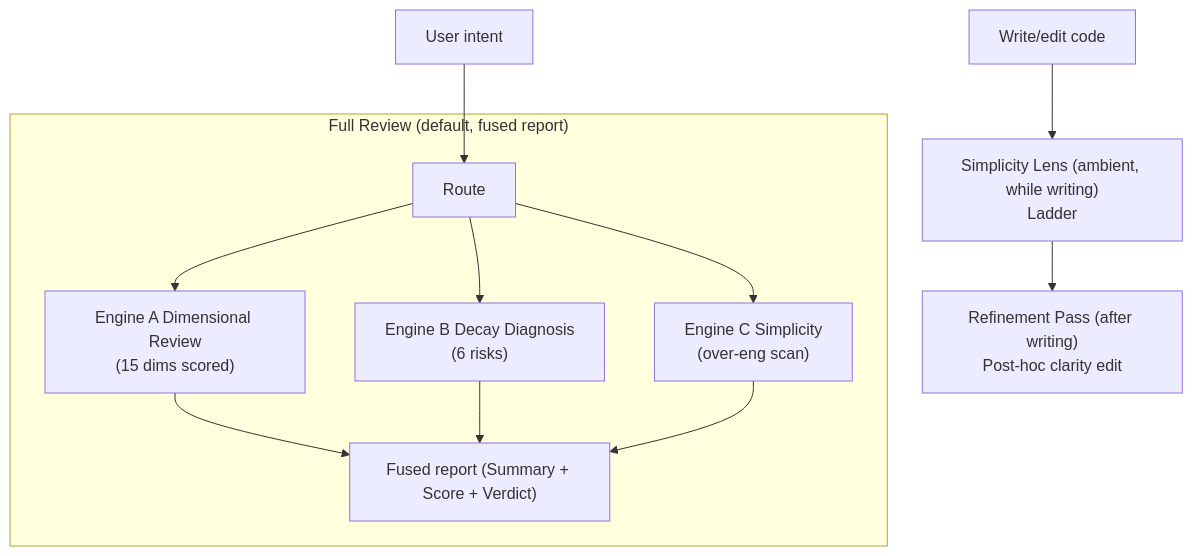
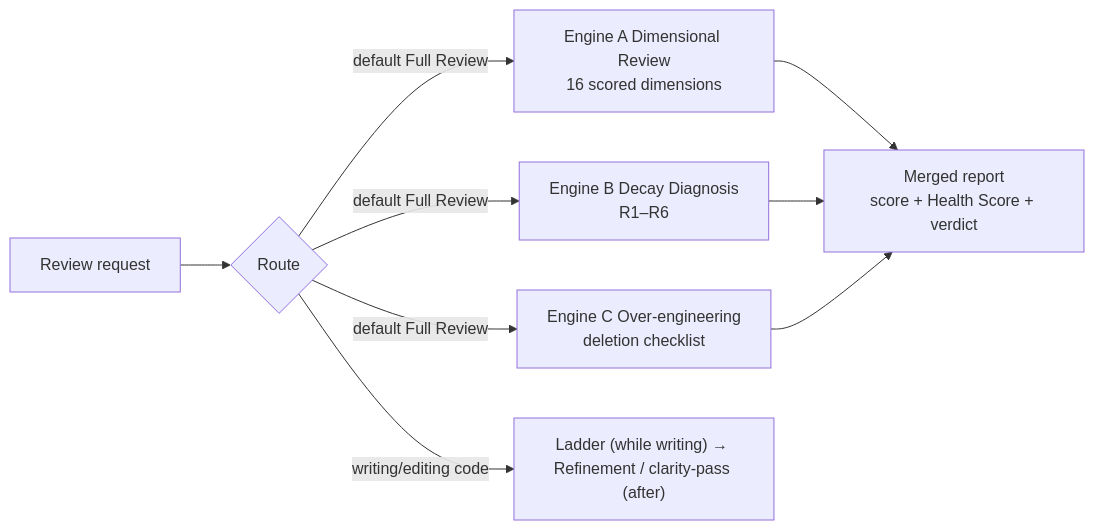
One commit to Kirky-X/diting changed the diagram in README_EN.md. Above: the diagram before and after it, drawn with Mermaid. The commit also changed other lines of this file and 1 other file, not shown here.

````diff
--- a/README_EN.md
+++ b/README_EN.md
@@ -125,14 +62,11 @@
 ```mermaid
-flowchart TD
-    User["User intent"] --> Route["Route"]
-    subgraph Full["Full Review (default, fused report)"]
-        Route --> EA["Engine A Dimensional Review<br/>(15 dims scored)"]
-        Route --> EB["Engine B Decay Diagnosis<br/>(6 risks)"]
-        Route --> EC["Engine C Simplicity<br/>(over-eng scan)"]
-        EA --> Merge["Fused report (Summary + Score + Verdict)"]
-        EB --> Merge
-        EC --> Merge
-    end
-    Code["Write/edit code"] --> Lens["Simplicity Lens (ambient, while writing)<br/>Ladder"]
-    Lens --> Refine["Refinement Pass (after writing)<br/>Post-hoc clarity edit"]
+flowchart LR
+    Req["Review request"] --> Route{"Route"}
+    Route -->|default Full Review| A["Engine A Dimensional Review<br/>16 scored dimensions"]
+    Route -->|default Full Review| B["Engine B Decay Diagnosis<br/>R1–R6"]
+    Route -->|default Full Review| C["Engine C Over-engineering<br/>deletion checklist"]
+    A --> M["Merged report<br/>score + Health Score + verdict"]
+    B --> M
+    C --> M
+    Route -->|writing/editing code| L["Ladder (while writing) → Refinement / clarity-pass (after)"]
 ```
````
